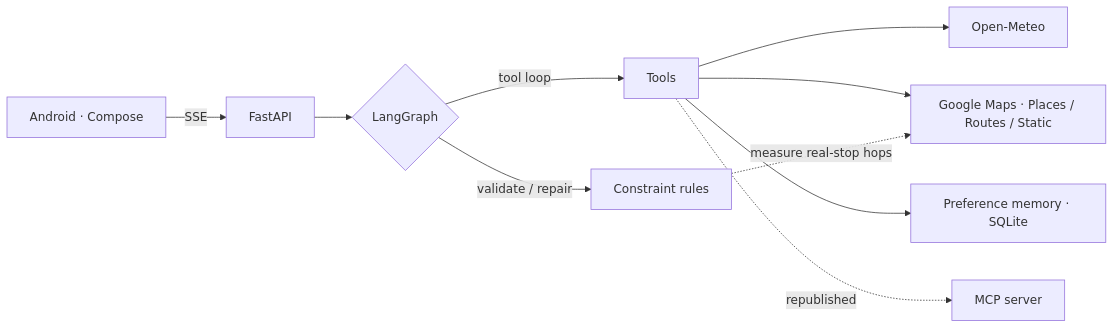
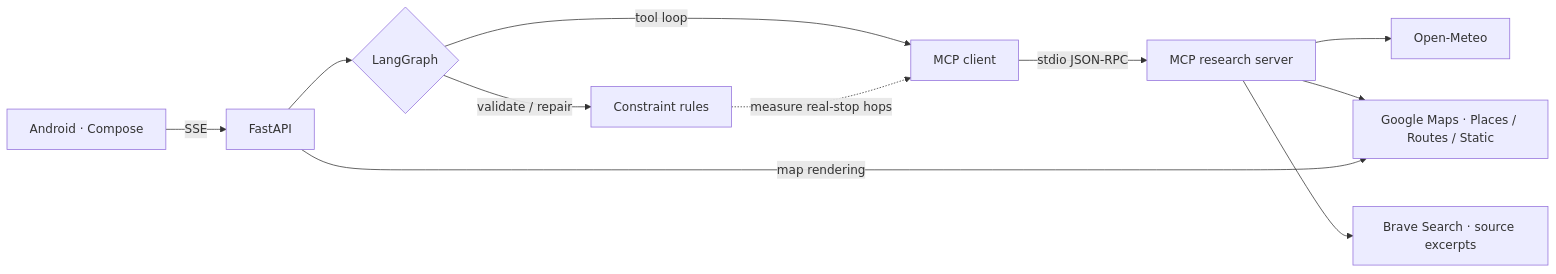
The diagram in README.md (lanluolan/wandergent), drawn with Mermaid before and after one commit. The commit also changed other lines of this file and 81 other files, not shown here.

````diff
--- a/README.md
+++ b/README.md
@@ -83,12 +95,13 @@
 ```mermaid
 flowchart LR
     A["Android · Compose"] -->|SSE| B["FastAPI"]
     B --> C{"LangGraph"}
-    C -->|tool loop| D["Tools"]
+    C -->|tool loop| I["MCP client"]
+    I -->|stdio JSON-RPC| D["MCP research server"]
     C -->|validate / repair| E["Constraint rules"]
     D --> F["Open-Meteo"]
     D --> G["Google Maps · Places / Routes / Static"]
-    D --> H["Preference memory · SQLite"]
-    E -.measure real-stop hops.-> G
-    D -.republished.-> I["MCP server"]
+    D --> H["Brave Search · source excerpts"]
+    E -.measure real-stop hops.-> I
+    B -->|map rendering| G
 ```
````
